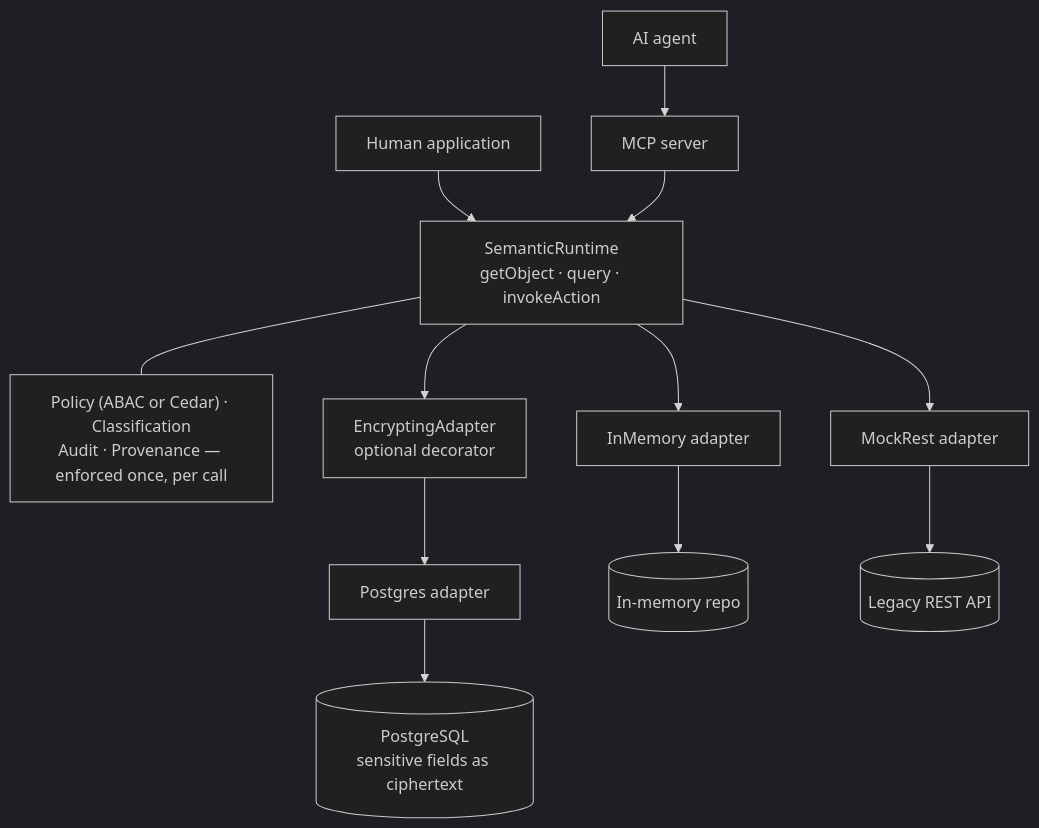
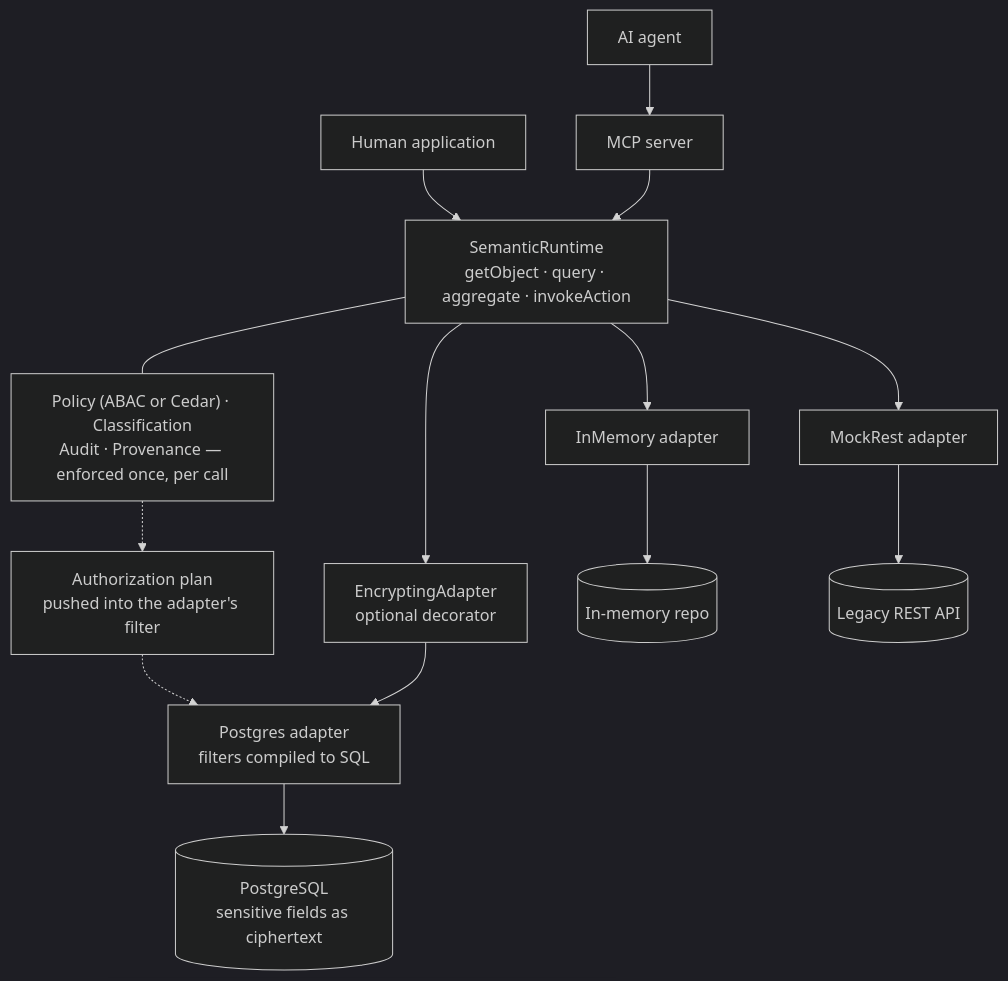
One commit to marlinspike/TypeSystem changed the first of 3 diagrams in README.md. Above: the diagram before and after it, drawn with Mermaid (dark theme). The commit also changed other lines of this file and 8 other files, not shown here.

First line of the commit message:
docs, demo: bring the README, architecture, meta-model, and agent guide up to ADR-0046

````diff
--- a/README.md
+++ b/README.md
@@ -108,21 +112,23 @@
 ```mermaid
 flowchart TB
     app["Human application"]
     agent["AI agent"]
     mcp["MCP server"]
-    rt["SemanticRuntime<br/>getObject · query · invokeAction"]
+    rt["SemanticRuntime<br/>getObject · query · aggregate · invokeAction"]
     gov["Policy (ABAC or Cedar) · Classification<br/>Audit · Provenance — enforced once, per call"]
+    plan["Authorization plan<br/>pushed into the adapter's filter"]
     inmem["InMemory adapter"]
     rest["MockRest adapter"]
     enc["EncryptingAdapter<br/>optional decorator"]
-    pg["Postgres adapter"]
+    pg["Postgres adapter<br/>filters compiled to SQL"]
     repo[("In-memory repo")]
     ext[("Legacy REST API")]
     pgdb[("PostgreSQL<br/>sensitive fields as ciphertext")]
     app --> rt
     agent --> mcp --> rt
     rt --- gov
+    gov -.-> plan -.-> pg
     rt --> inmem --> repo
     rt --> rest --> ext
     rt --> enc --> pg --> pgdb
 ```
````
